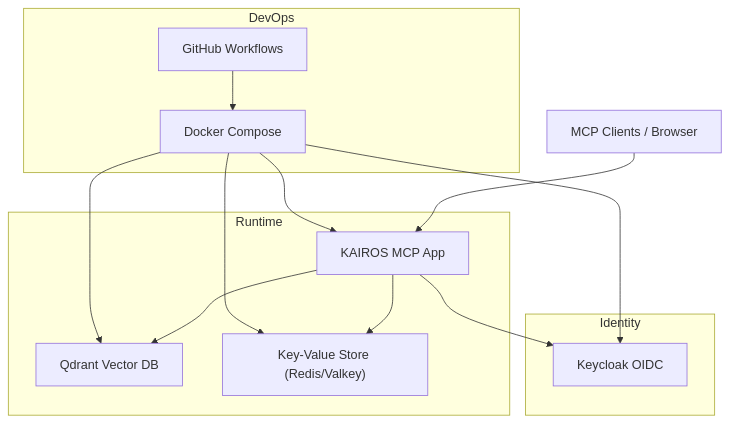
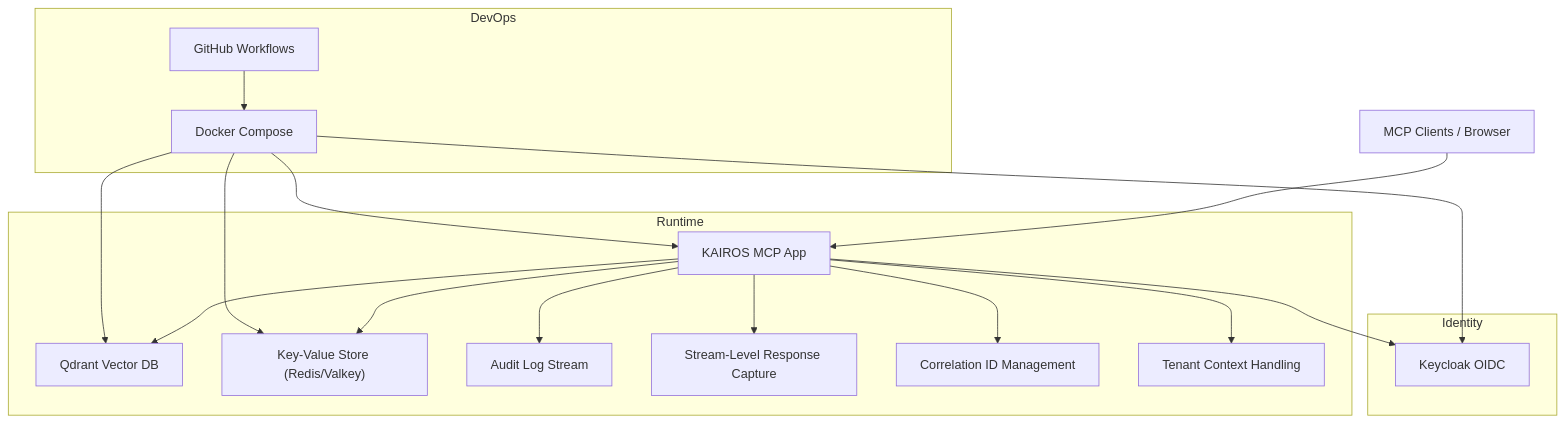
One commit to debian777/kairos-mcp changed the first of 5 diagrams in .qoder/repowiki/en/content/Security Considerations.md. Above: the diagram before and after it, drawn with Mermaid. The commit also changed other lines of this file and 44 other files, not shown here.

````diff
--- a/.qoder/repowiki/en/content/Security Considerations.md
+++ b/.qoder/repowiki/en/content/Security Considerations.md
@@ -43,24 +59,32 @@
 ```mermaid
 graph TB
 subgraph "Runtime"
 APP["KAIROS MCP App"]
 QDRANT["Qdrant Vector DB"]
 KV["Key-Value Store (Redis/Valkey)"]
+AUDIT["Audit Log Stream"]
+RESPONSE_CAPTURE["Stream-Level Response Capture"]
+CORRELATION["Correlation ID Management"]
+TENANT_CONTEXT["Tenant Context Handling"]
 end
 subgraph "Identity"
 KEYCLOAK["Keycloak OIDC"]
 end
 subgraph "DevOps"
 DOCKER["Docker Compose"]
 GH["GitHub Workflows"]
 end
 CLIENT["MCP Clients / Browser"] --> APP
 APP --> QDRANT
 APP --> KV
+APP --> AUDIT
+APP --> RESPONSE_CAPTURE
+APP --> CORRELATION
+APP --> TENANT_CONTEXT
 APP --> KEYCLOAK
 DOCKER --> APP
 DOCKER --> QDRANT
 DOCKER --> KV
 DOCKER --> KEYCLOAK
 GH --> DOCKER
 ```
````
